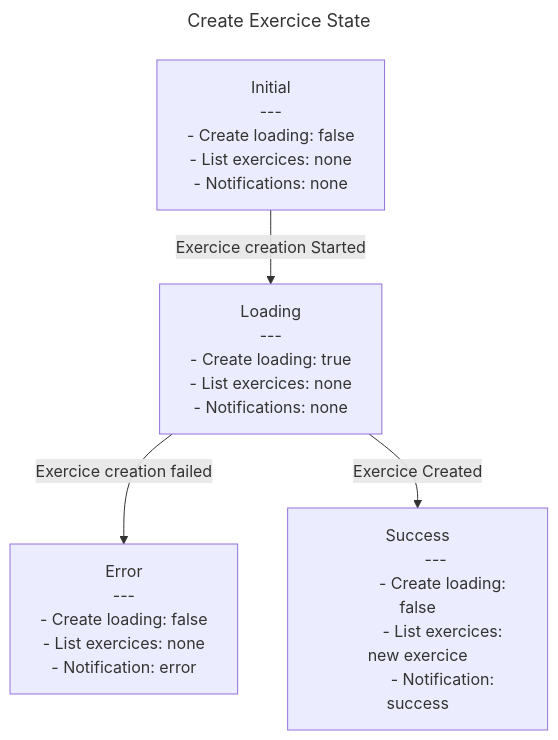
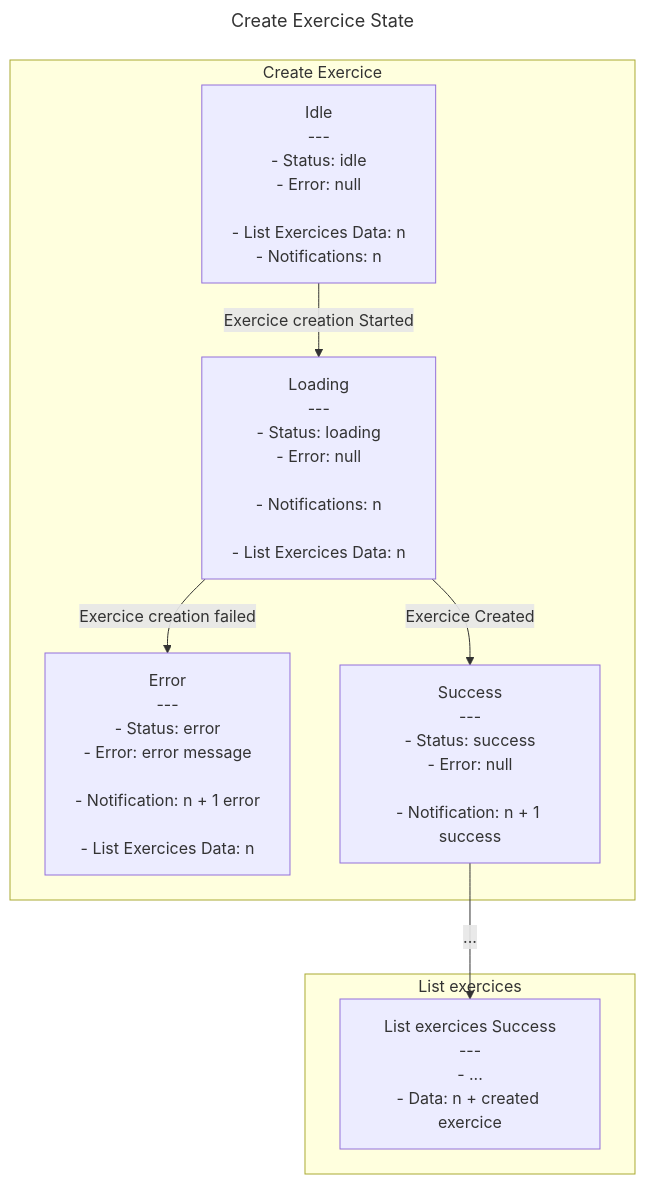
Before and after one commit to davidroberto/react-redux-clean-architecture-tdd-eda-vertical-slices: the third of 3 diagrams in README.md, drawn with Mermaid.

Commit message:
doc: update readme with updated fsm diagram exemple

````diff
--- a/README.md
+++ b/README.md
@@ -217,43 +217,66 @@
 ```mermaid
 ---
 title: Create Exercice State
 ---
 
-flowchart TB
-    A[
-        Initial
-        ---
-            - Create loading: false
-            - List exercices: none
-            - Notifications: none
-    ]
+flowchart TD
+  A[
+        Idle
+---
+- Status: idle
+- Error: null
 
-    B[
-        Loading
-        ---
-            - Create loading: true
-            - List exercices: none
-            - Notifications: none
-    ]
+- List Exercices Data: n
+- Notifications: n
+]
 
-    C[
-        Error
-        ---
-            - Create loading: false
-            - List exercices: none
-            - Notification: error
-    ]
+B[
+Loading
+---
+- Status: loading
+- Error: null
 
-    D[
-        Success
-        ---
-            - Create loading: false
-            - List exercices: new exercice
-            - Notification: success
-    ]
+- Notifications: n
 
-    A -->|Exercice creation Started|B
-    B -->|Exercice creation failed|C
-    B -->|Exercice Created|D
+- List Exercices Data: n
+]
+
+C[
+Error
+---
+- Status: error
+- Error: error message
+
+- Notification: n + 1 error
+
+- List Exercices Data: n
+]
+
+D[
+Success
+---
+- Status: success
+- Error: null
+
+- Notification: n + 1 success
+]
+
+
+E[
+List exercices Success
+---
+- ...
+- Data: n + created exercice
+]
+
+subgraph Create Exercice
+A -->|Exercice creation Started|B
+B -->|Exercice creation failed|C
+B -->|Exercice Created|D
+end
+
+subgraph List exercices
+D -->|...|E
+end
 
 ```
````
